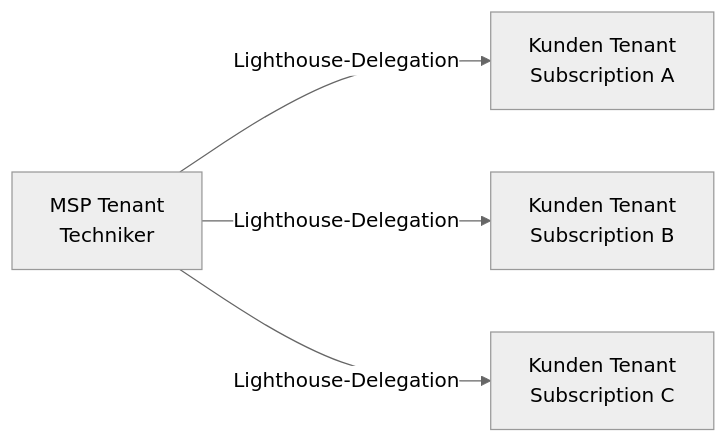
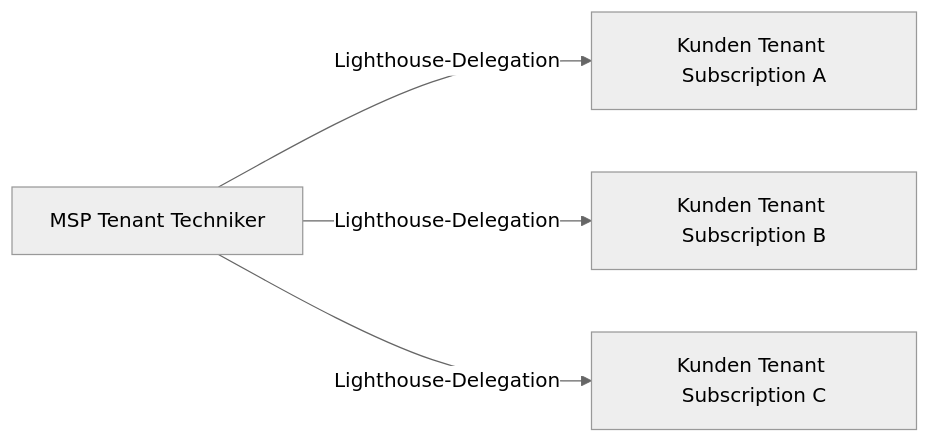
Before and after one commit to SoniiiT/notes-n-docs: the third of 3 diagrams in Microsoft 365/Azure/Grundlagen/Subscriptions und Management Groups.md, drawn with Mermaid (neutral theme). The commit also changed other lines of this file and 124 other files, not shown here.

First line of the commit message:
fix: Entferne \n aus allen Mermaid-Diagrammen (125 Dateien)

````diff
--- a/Microsoft 365/Azure/Grundlagen/Subscriptions und Management Groups.md
+++ b/Microsoft 365/Azure/Grundlagen/Subscriptions und Management Groups.md
@@ -266,6 +266,6 @@
 ```mermaid
 graph LR
-    MSP[MSP Tenant\nTechniker] -->|Lighthouse-Delegation| KUNDEN[Kunden Tenant\nSubscription A]
-    MSP -->|Lighthouse-Delegation| KUNDEN2[Kunden Tenant\nSubscription B]
-    MSP -->|Lighthouse-Delegation| KUNDEN3[Kunden Tenant\nSubscription C]
+    MSP[MSP Tenant Techniker] -->|Lighthouse-Delegation| KUNDEN[Kunden Tenant Subscription A]
+    MSP -->|Lighthouse-Delegation| KUNDEN2[Kunden Tenant Subscription B]
+    MSP -->|Lighthouse-Delegation| KUNDEN3[Kunden Tenant Subscription C]
 ```
````
